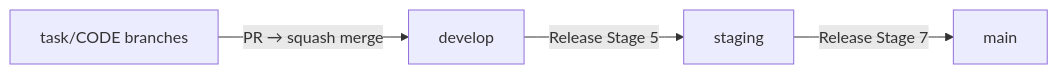
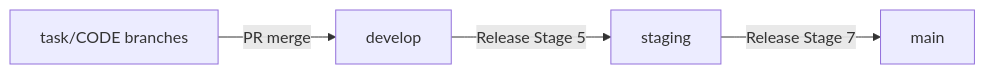
The diagram in docs/development.md (dnviti/codeclaw), drawn with Mermaid before and after one commit. The commit also changed other lines of this file and 95 other files, not shown here.

````diff
--- a/docs/development.md
+++ b/docs/development.md
@@ -201,6 +113,6 @@
 ```mermaid
 flowchart LR
-    FEAT["task/CODE branches"] -->|"PR → squash merge"| DEV["develop"]
+    FEAT["task/CODE branches"] -->|"PR merge"| DEV["develop"]
     DEV -->|"Release Stage 5"| STG["staging"]
     STG -->|"Release Stage 7"| MAIN["main"]
 ```
````
